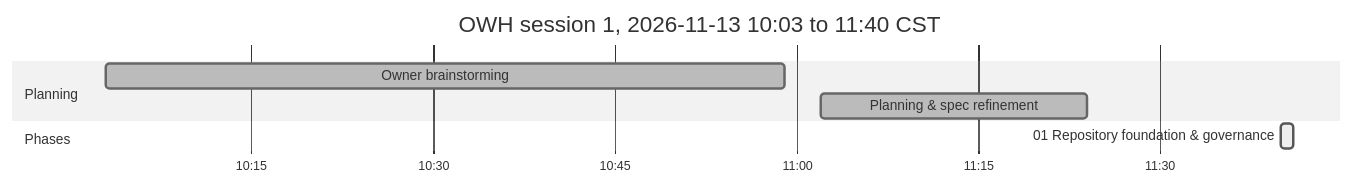
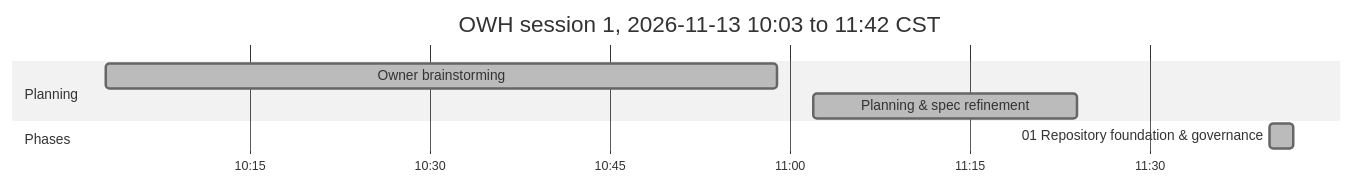
Before and after one commit to antonizick/OpenWebUI: the diagram in OWH_IMPLEMENTATION_PLAN.md, drawn with Mermaid (neutral theme). The commit also changed other lines of this file and 1 other file, not shown here.

Commit message:
docs(plan): refresh timeline

````diff
--- a/OWH_IMPLEMENTATION_PLAN.md
+++ b/OWH_IMPLEMENTATION_PLAN.md
@@ -48,11 +48,11 @@
 ```mermaid
 gantt
-    title OWH session 1, 2026-11-13 10:03 to 11:40 CST
+    title OWH session 1, 2026-11-13 10:03 to 11:42 CST
     dateFormat YYYY-MM-DD HH:mm
     axisFormat %H:%M
     section Planning
     Owner brainstorming :done, plan1, 2026-11-13 10:03, 2026-11-13 10:59
     Planning & spec refinement :done, p00, 2026-11-13 11:02, 2026-11-13 11:24
     section Phases
-    01 Repository foundation & governance :active, p01s1, 2026-11-13 11:40, 2026-11-13 11:41
+    01 Repository foundation & governance :done, p01s1, 2026-11-13 11:40, 2026-11-13 11:42
 ```
````
